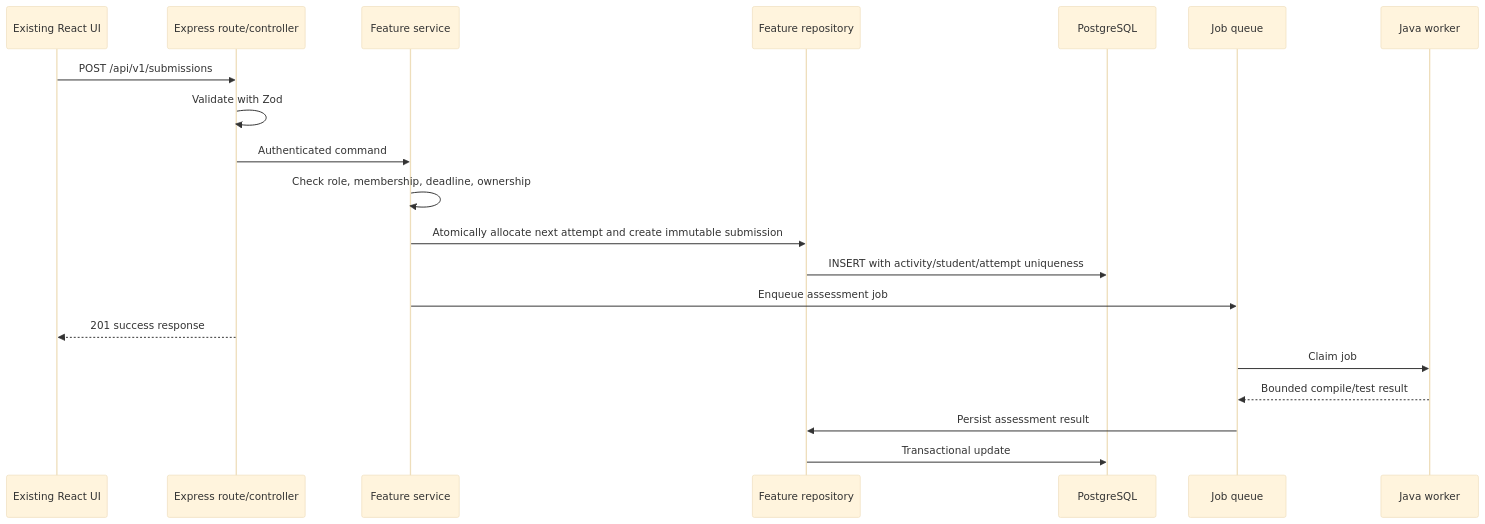
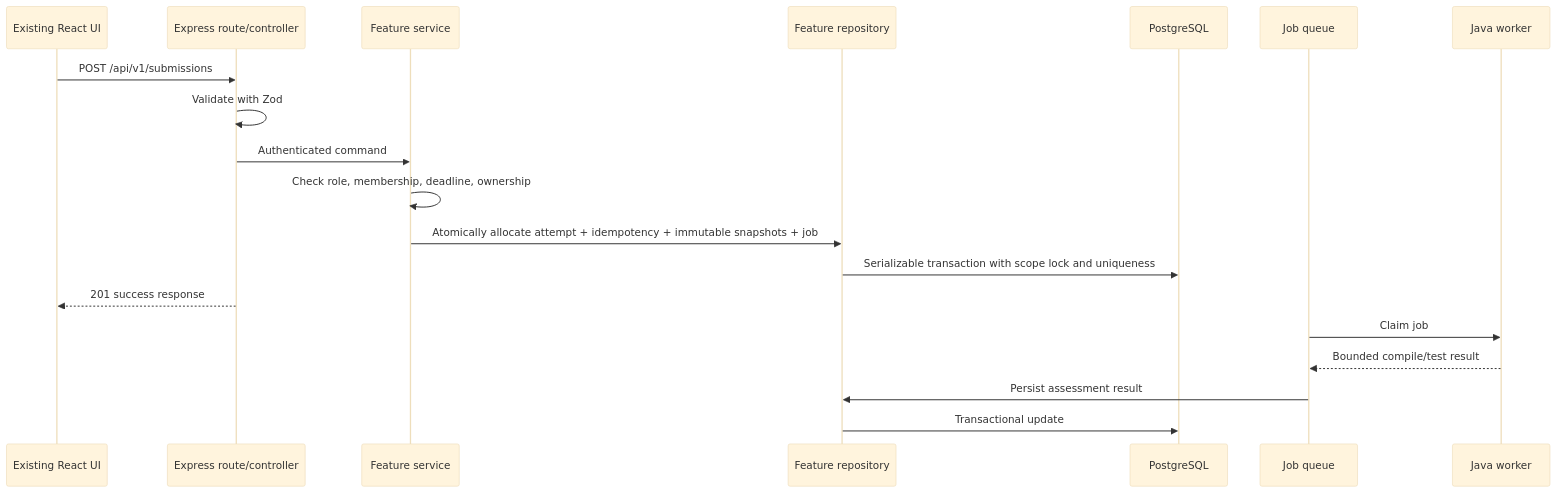
One commit to wefllagn/Projex changed the second of 3 diagrams in docs/architecture/SYSTEM_ARCHITECTURE.md. Above: the diagram before and after it, drawn with Mermaid (base theme). The commit also changed other lines of this file and 42 other files, not shown here.

````diff
--- a/docs/architecture/SYSTEM_ARCHITECTURE.md
+++ b/docs/architecture/SYSTEM_ARCHITECTURE.md
@@ -116,23 +116,22 @@
 ```mermaid
 sequenceDiagram
     participant UI as Existing React UI
     participant Route as Express route/controller
     participant Service as Feature service
     participant Repo as Feature repository
     participant DB as PostgreSQL
     participant Queue as Job queue
     participant Worker as Java worker
 
     UI->>Route: POST /api/v1/submissions
     Route->>Route: Validate with Zod
     Route->>Service: Authenticated command
     Service->>Service: Check role, membership, deadline, ownership
-    Service->>Repo: Atomically allocate next attempt and create immutable submission
-    Repo->>DB: INSERT with activity/student/attempt uniqueness
-    Service->>Queue: Enqueue assessment job
+    Service->>Repo: Atomically allocate attempt + idempotency + immutable snapshots + job
+    Repo->>DB: Serializable transaction with scope lock and uniqueness
     Route-->>UI: 201 success response
     Queue->>Worker: Claim job
     Worker-->>Queue: Bounded compile/test result
     Queue->>Repo: Persist assessment result
     Repo->>DB: Transactional update
 ```
````
